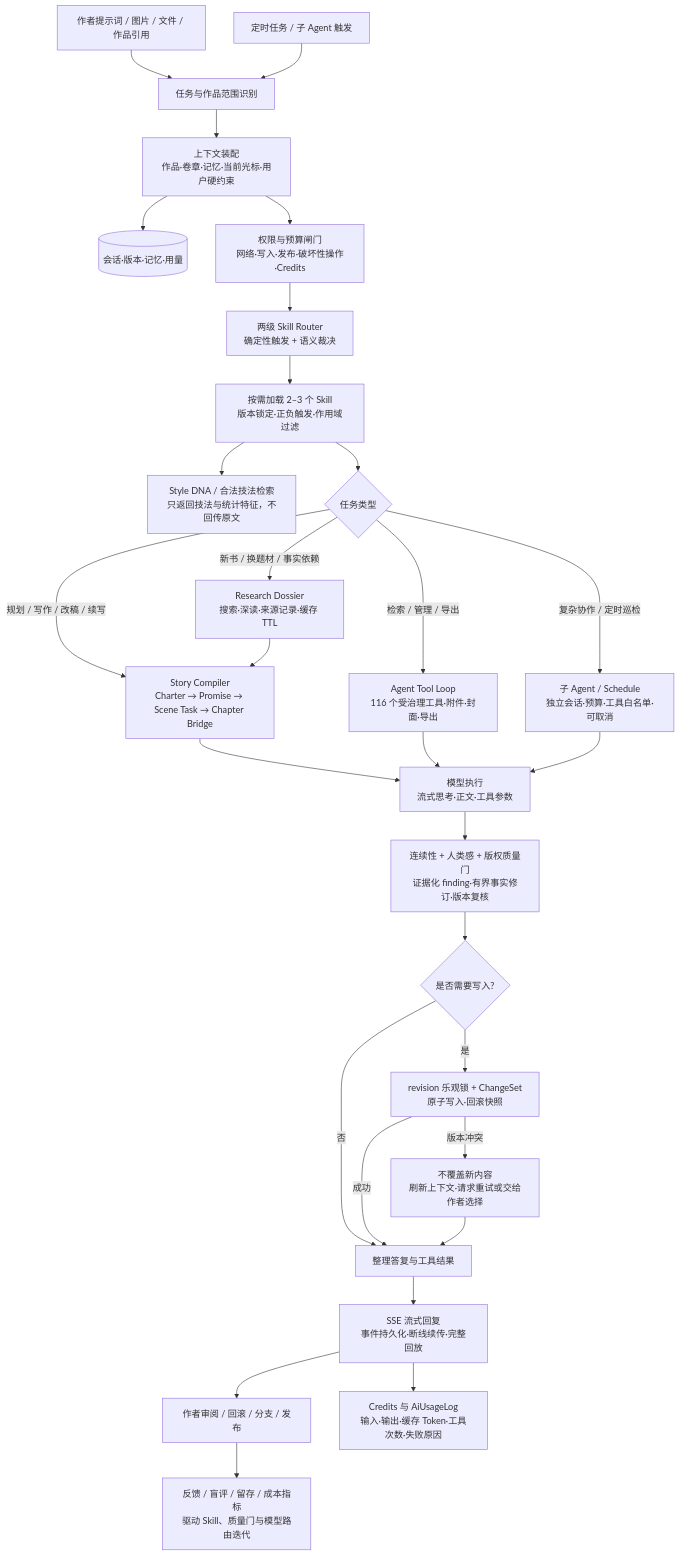
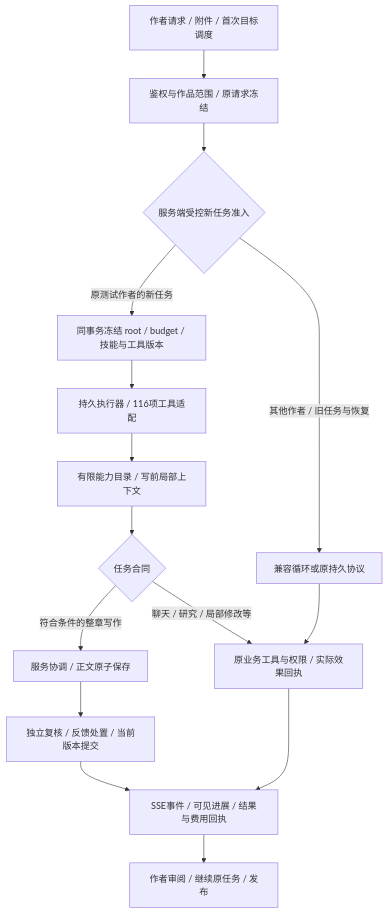
One commit to zqf20096327/dbhub_collect changed the first of 2 diagrams in data/readmes/Xcy8010__Chevoink.md. Above: the diagram before and after it, drawn with Mermaid. The commit also changed other lines of this file and 523 other files, not shown here.

````diff
--- a/data/readmes/Xcy8010__Chevoink.md
+++ b/data/readmes/Xcy8010__Chevoink.md
@@ -76,31 +84,17 @@
 ```mermaid
 flowchart TD
-  A[作者提示词 / 图片 / 文件 / 作品引用] --> B[任务与作品范围识别]
-  T[定时任务 / 子 Agent 触发] --> B
-  B --> C[上下文装配<br/>作品·卷章·记忆·当前光标·用户硬约束]
-  C --> C1[(会话·版本·记忆·用量)]
-  C --> D[权限与预算闸门<br/>网络·写入·发布·破坏性操作·Credits]
-  D --> E[两级 Skill Router<br/>确定性触发 + 语义裁决]
-  E --> F[按需加载 2–3 个 Skill<br/>版本锁定·正负触发·作用域过滤]
-  F --> F1[Style DNA / 合法技法检索<br/>只返回技法与统计特征，不回传原文]
-  F --> G{任务类型}
-  G -->|新书 / 换题材 / 事实依赖| H[Research Dossier<br/>搜索·深读·来源记录·缓存 TTL]
-  G -->|规划 / 写作 / 改稿 / 续写| I[Story Compiler<br/>Charter → Promise → Scene Task → Chapter Bridge]
-  G -->|检索 / 管理 / 导出| J[Agent Tool Loop<br/>116 个受治理工具·附件·封面·导出]
-  G -->|复杂协作 / 定时巡检| K[子 Agent / Schedule<br/>独立会话·预算·工具白名单·可取消]
-  H --> I
-  I --> L[模型执行<br/>流式思考·正文·工具参数]
-  J --> L
+  A[作者请求 / 附件 / 首次目标调度] --> B[鉴权与作品范围 / 原请求冻结]
+  B --> C{服务端受控新任务准入}
+  C -->|原测试作者的新任务| D[同事务冻结 root / budget / 技能与工具版本]
+  C -->|其他作者 / 旧任务与恢复| E[兼容循环或原持久协议]
+  D --> F[持久执行器 / 116项工具适配]
+  F --> G[有限能力目录 / 写前局部上下文]
+  G --> H{任务合同}
+  H -->|符合条件的整章写作| I[服务协调 / 正文原子保存]
+  I --> J[独立复核 / 反馈处置 / 当前版本提交]
+  H -->|聊天 / 研究 / 局部修改等| K[原业务工具与权限 / 实际效果回执]
+  E --> K
+  J --> L[SSE事件 / 可见进展 / 结果与费用回执]
   K --> L
-  L --> M[连续性 + 人类感 + 版权质量门<br/>证据化 finding·有界事实修订·版本复核]
-  M --> N{是否需要写入?}
-  N -->|否| O[整理答复与工具结果]
-  N -->|是| P[revision 乐观锁 + ChangeSet<br/>原子写入·回滚快照]
-  P -->|成功| O
-  P -->|版本冲突| Q[不覆盖新内容<br/>刷新上下文·请求重试或交给作者选择]
-  Q --> O
-  O --> R[SSE 流式回复<br/>事件持久化·断线续传·完整回放]
-  R --> S[作者审阅 / 回滚 / 分支 / 发布]
-  R --> U[Credits 与 AiUsageLog<br/>输入·输出·缓存 Token·工具次数·失败原因]
-  S --> V[反馈 / 盲评 / 留存 / 成本指标<br/>驱动 Skill、质量门与模型路由迭代]
+  L --> M[作者审阅 / 继续原任务 / 发布]
 ```
````
